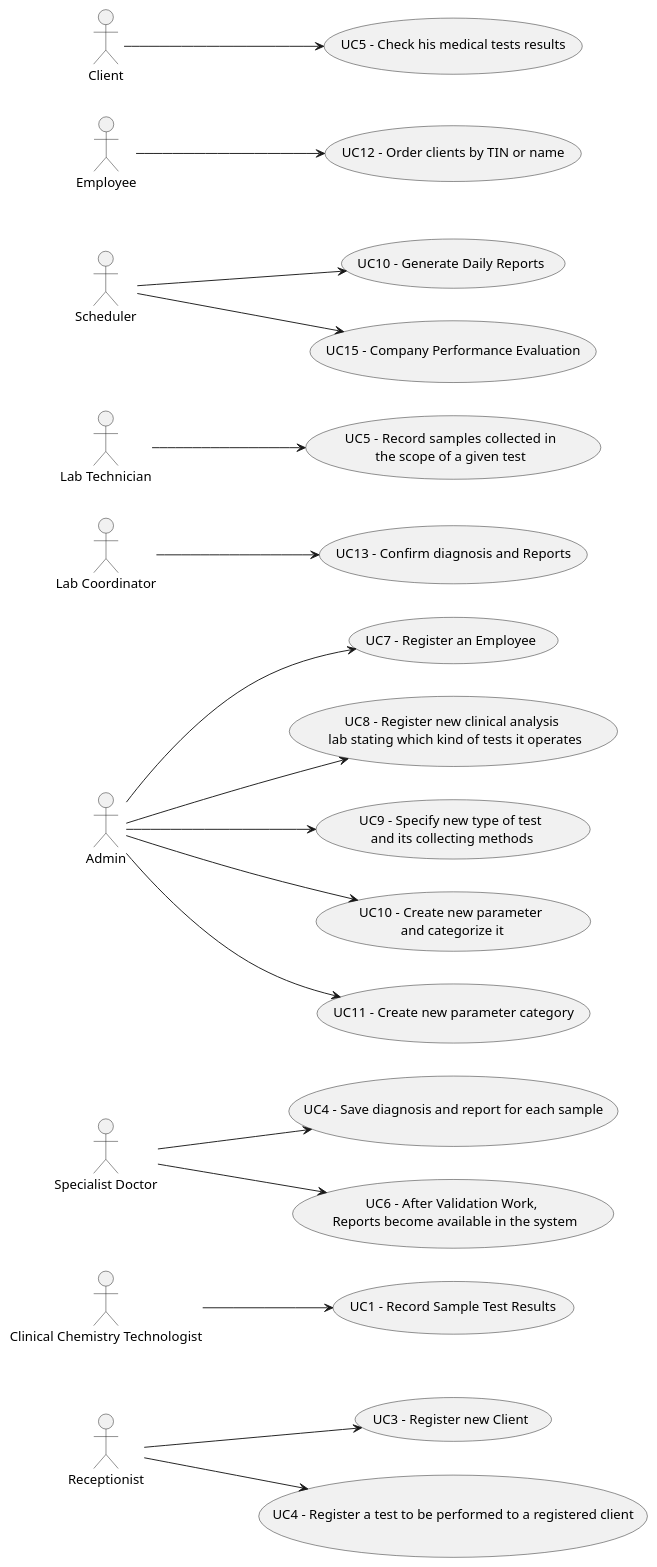
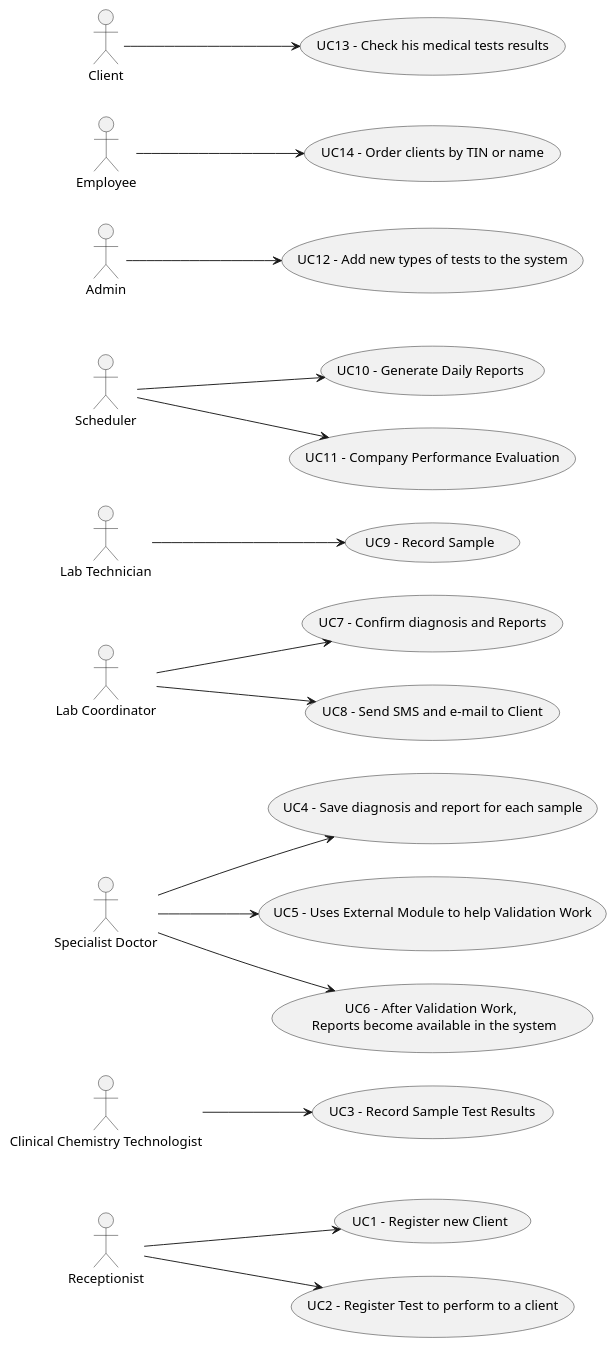
Before and after one commit to GuilhermeCunha79/lapr2: the diagram in docs/SprintA/UC_Diagram.puml, drawn with PlantUML. The commit also changed 4 other files, not shown here.

```diff
--- a/docs/SprintA/UC_Diagram.puml
+++ b/docs/SprintA/UC_Diagram.puml
@@ -1,33 +1,29 @@
 @startuml
 'https://plantuml.com/use-case-diagram
 
 left to right direction
 :Receptionist: as Recep
-Recep --> (UC3 - Register new Client)
-Recep --> (UC4 - Register a test to be performed to a registered client)
-:Clinical Chemistry Technologist: --> (UC1 - Record Sample Test Results)
+Recep --> (UC1 - Register new Client)
+Recep --> (UC2 - Register Test to perform to a client)
+:Clinical Chemistry Technologist: --> (UC3 - Record Sample Test Results)
 :Specialist Doctor: --> (UC4 - Save diagnosis and report for each sample)
+:Specialist Doctor: --> (UC5 - Uses External Module to help Validation Work)
 :Specialist Doctor: --> (UC6 - After Validation Work, \n Reports become available in the system)
-:Admin: --> (UC7 - Register an Employee)
-:Admin: --> (UC8 - Register new clinical analysis \n lab stating which kind of tests it operates)
-:Admin: --> (UC9 - Specify new type of test\n and its collecting methods)
-:Admin: --> (UC10 - Create new parameter\n and categorize it)
-:Admin: --> (UC11 - Create new parameter category)
-
 
 :Lab Coordinator: as lc
-(UC13 - Confirm diagnosis and Reports) as UC15
+(UC7 - Confirm diagnosis and Reports) as UC7
+(UC8 - Send SMS and e-mail to Client) as UC8
 :Lab Technician: as lt
-(UC5 -  Record samples collected in\nthe scope of a given test) as UC5
+(UC9 - Record Sample) as UC9
 
 :Scheduler: --> (UC10 - Generate Daily Reports)
-:Scheduler: --> (UC15 - Company Performance Evaluation)
-lc --> UC15
+:Scheduler: --> (UC11 - Company Performance Evaluation)
+lc --> UC7
+lc --> UC8
 
+lt --> UC9
 
-lt --> UC5
-
-
-:Employee: --> (UC12 - Order clients by TIN or name)
-:Client: --> (UC5 - Check his medical tests results)
+:Admin: --> (UC12 - Add new types of tests to the system)
+:Employee: --> (UC14 - Order clients by TIN or name)
+:Client: --> (UC13 - Check his medical tests results)
 @enduml
```
